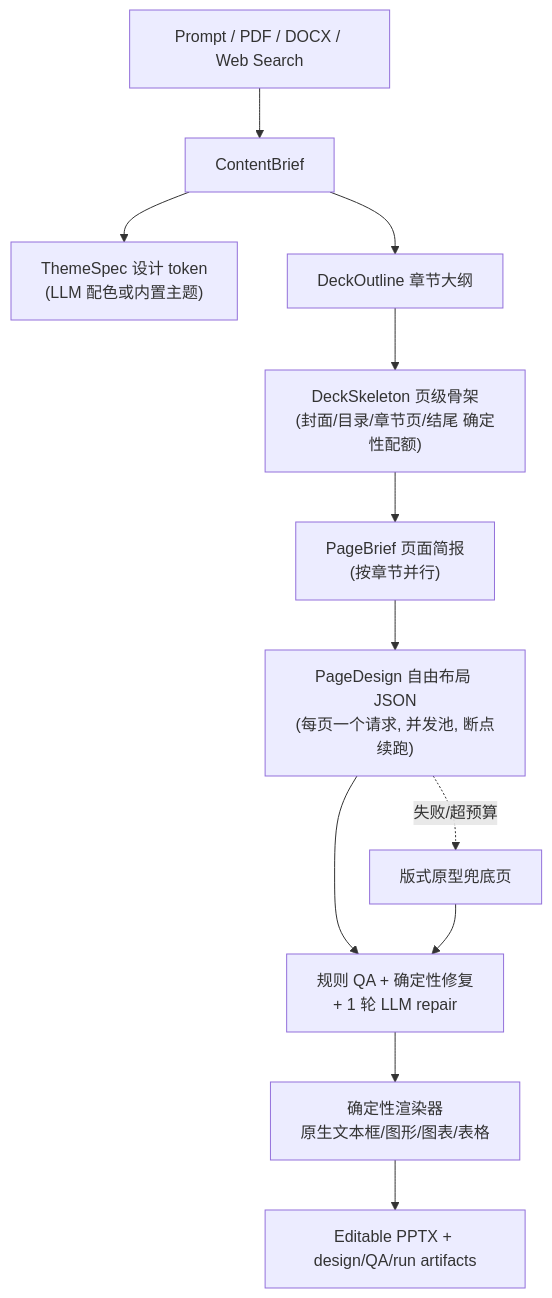
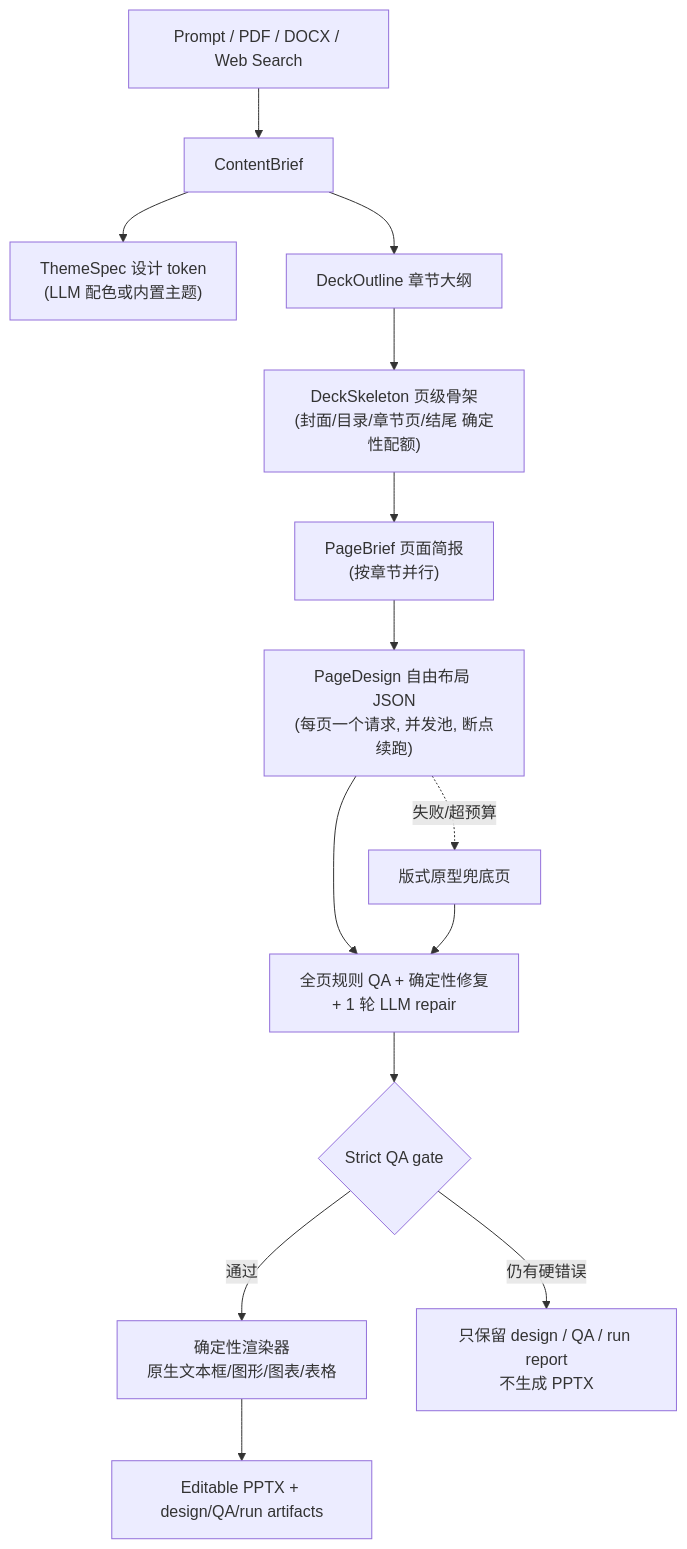
One commit to Liyilin66/ppt-agent changed the second of 2 diagrams in README.md. Above: the diagram before and after it, drawn with Mermaid. The commit also changed other lines of this file and 5 other files, not shown here.

````diff
--- a/README.md
+++ b/README.md
@@ -91,14 +91,16 @@
 ```mermaid
 flowchart TD
     A["Prompt / PDF / DOCX / Web Search"] --> B["ContentBrief"]
     B --> C["ThemeSpec 设计 token<br/>(LLM 配色或内置主题)"]
     B --> D["DeckOutline 章节大纲"]
     D --> E["DeckSkeleton 页级骨架<br/>(封面/目录/章节页/结尾 确定性配额)"]
     E --> F["PageBrief 页面简报<br/>(按章节并行)"]
     F --> G["PageDesign 自由布局 JSON<br/>(每页一个请求, 并发池, 断点续跑)"]
-    G --> H["规则 QA + 确定性修复<br/>+ 1 轮 LLM repair"]
-    H --> I["确定性渲染器<br/>原生文本框/图形/图表/表格"]
+    G --> H["全页规则 QA + 确定性修复<br/>+ 1 轮 LLM repair"]
+    H --> Q{"Strict QA gate"}
+    Q -->|"通过"| I["确定性渲染器<br/>原生文本框/图形/图表/表格"]
+    Q -->|"仍有硬错误"| R["只保留 design / QA / run report<br/>不生成 PPTX"]
     I --> J["Editable PPTX + design/QA/run artifacts"]
     G -. "失败/超预算" .-> K["版式原型兜底页"]
     K --> H
 ```
````
